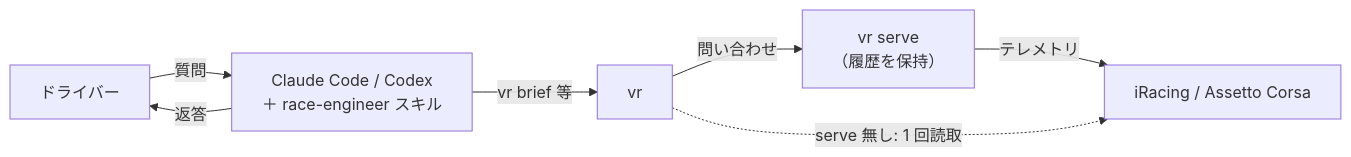
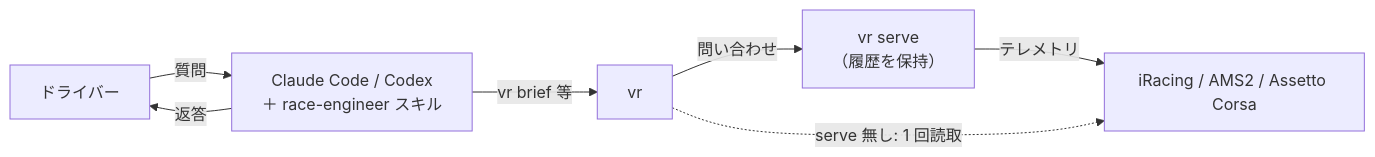
One commit to r4ai/vibe-racing changed the diagram in README.md. Above: the diagram before and after it, drawn with Mermaid. The commit also changed other lines of this file and 34 other files, not shown here.

````diff
--- a/README.md
+++ b/README.md
@@ -21,15 +21,15 @@
 ```mermaid
 flowchart LR
     Driver["ドライバー"]
     Agent["Claude Code / Codex<br/>＋ race-engineer スキル"]
     Vr["vr"]
     Serve["vr serve<br/>（履歴を保持）"]
-    Game["iRacing / Assetto Corsa"]
+    Game["iRacing / AMS2 / Assetto Corsa"]
 
     Driver -->|質問| Agent
     Agent -->|返答| Driver
     Agent -->|vr brief 等| Vr
     Vr -->|問い合わせ| Serve
     Serve -->|テレメトリ| Game
     Vr -.->|serve 無し: 1 回読取| Game
 ```
````
